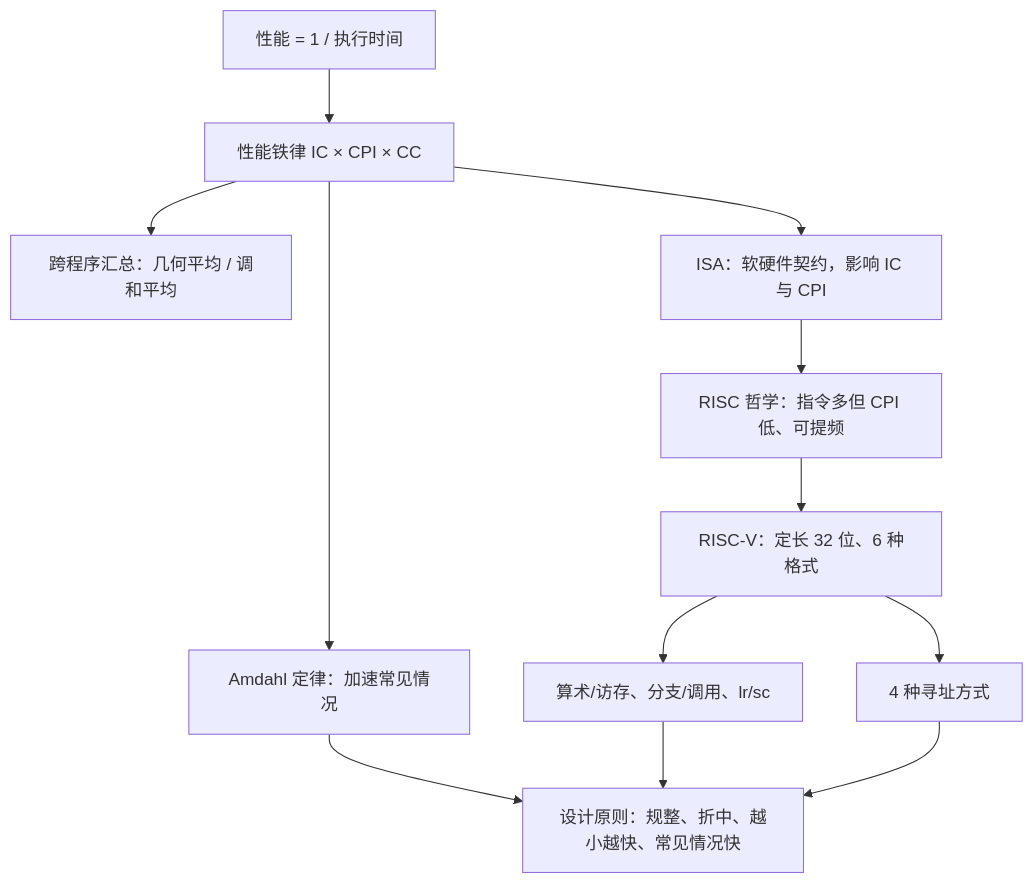
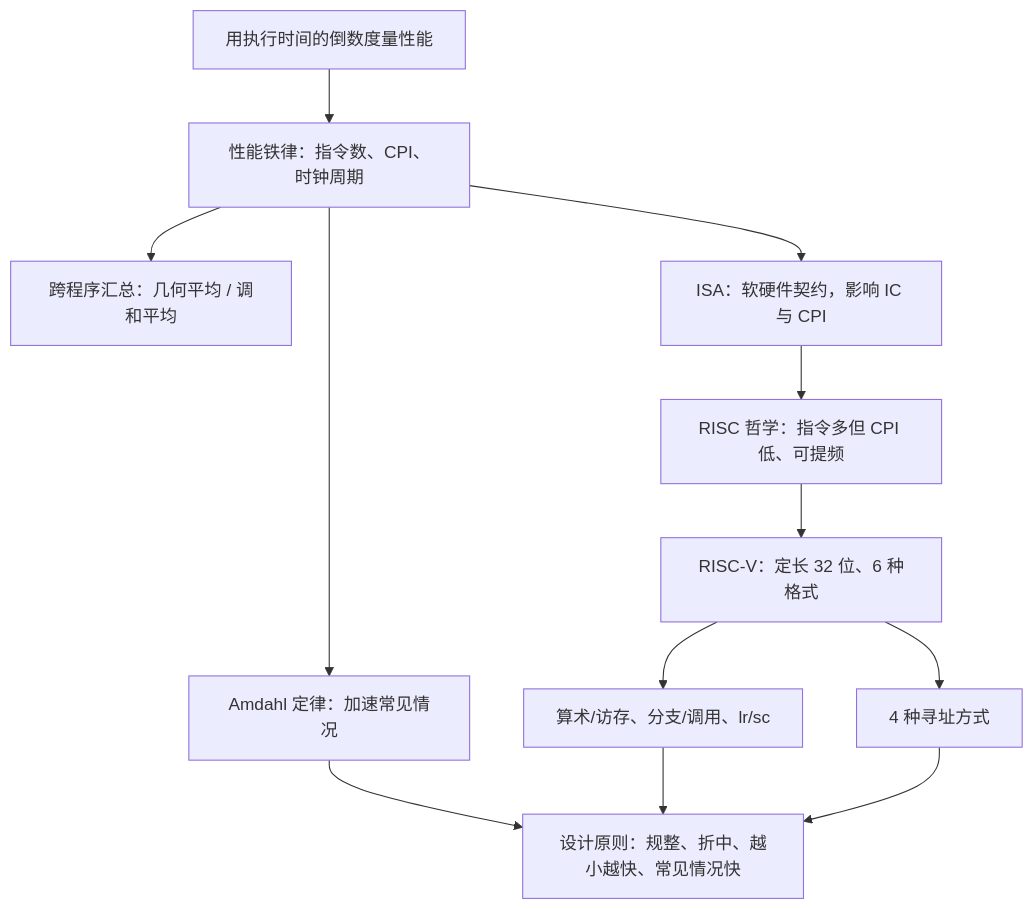
One commit to MiniYuanBot/note-buddy changed the diagram in computer-organization-and-architecture/output/L02/index.md. Above: the diagram before and after it, drawn with Mermaid. The commit also changed other lines of this file and 26 other files, not shown here.

````diff
--- a/computer-organization-and-architecture/output/L02/index.md
+++ b/computer-organization-and-architecture/output/L02/index.md
@@ -31,14 +31,14 @@
 ```mermaid
 flowchart TD
-  PERF["性能 = 1 / 执行时间"] --> IRON["性能铁律 IC × CPI × CC"]
+  PERF["用执行时间的倒数度量性能"] --> IRON["性能铁律：指令数、CPI、时钟周期"]
   IRON --> AVG["跨程序汇总：几何平均 / 调和平均"]
   IRON --> AMD["Amdahl 定律：加速常见情况"]
   IRON --> ISA["ISA：软硬件契约，影响 IC 与 CPI"]
   ISA --> RISC["RISC 哲学：指令多但 CPI 低、可提频"]
   RISC --> RV["RISC-V：定长 32 位、6 种格式"]
   AMD --> PRIN["设计原则：规整、折中、越小越快、常见情况快"]
   RV --> INS["算术/访存、分支/调用、lr/sc"]
   RV --> MODE["4 种寻址方式"]
   INS --> PRIN
   MODE --> PRIN
 ```
````
